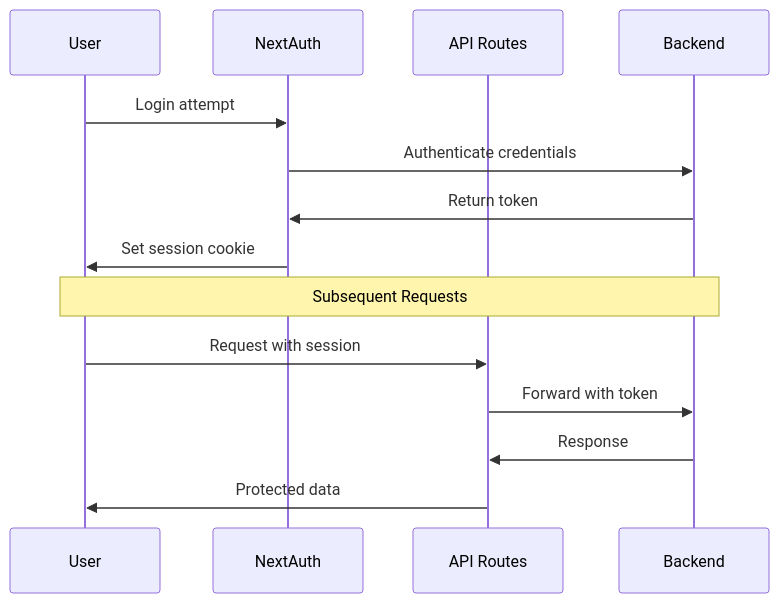
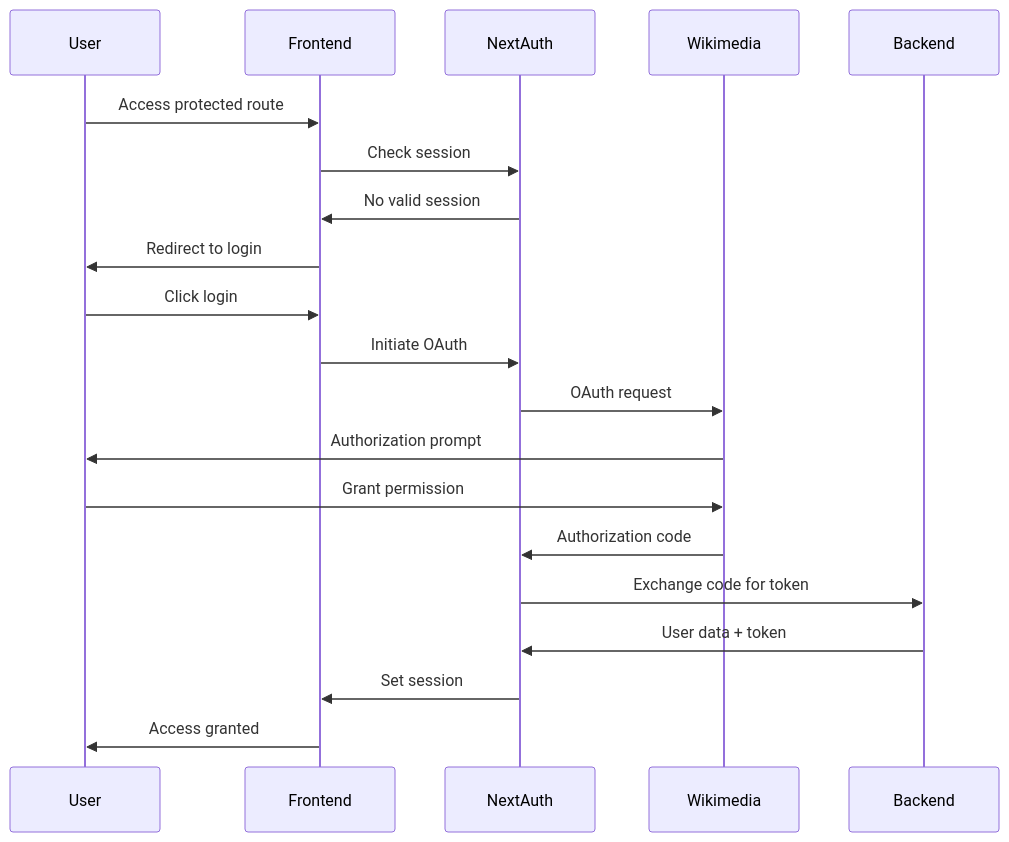
Before and after one commit to wikimediabrasil/capx-frontend: the first of 5 diagrams in README.md, drawn with Mermaid. The commit also changed other lines of this file, not shown here.

````diff
--- a/README.md
+++ b/README.md
@@ -108,18 +244,24 @@
 ```mermaid
 sequenceDiagram
     participant User
+    participant Frontend
     participant NextAuth
-    participant API Routes
+    participant Wikimedia
     participant Backend
 
-    User->>NextAuth: Login attempt
-    NextAuth->>Backend: Authenticate credentials
-    Backend->>NextAuth: Return token
-    NextAuth->>User: Set session cookie
+    User->>Frontend: Access protected route
+    Frontend->>NextAuth: Check session
+    NextAuth->>Frontend: No valid session
+    Frontend->>User: Redirect to login
 
-    Note over User,Backend: Subsequent Requests
-    User->>API Routes: Request with session
-    API Routes->>Backend: Forward with token
-    Backend->>API Routes: Response
-    API Routes->>User: Protected data
+    User->>Frontend: Click login
+    Frontend->>NextAuth: Initiate OAuth
+    NextAuth->>Wikimedia: OAuth request
+    Wikimedia->>User: Authorization prompt
+    User->>Wikimedia: Grant permission
+    Wikimedia->>NextAuth: Authorization code
+    NextAuth->>Backend: Exchange code for token
+    Backend->>NextAuth: User data + token
+    NextAuth->>Frontend: Set session
+    Frontend->>User: Access granted
 ```
````
